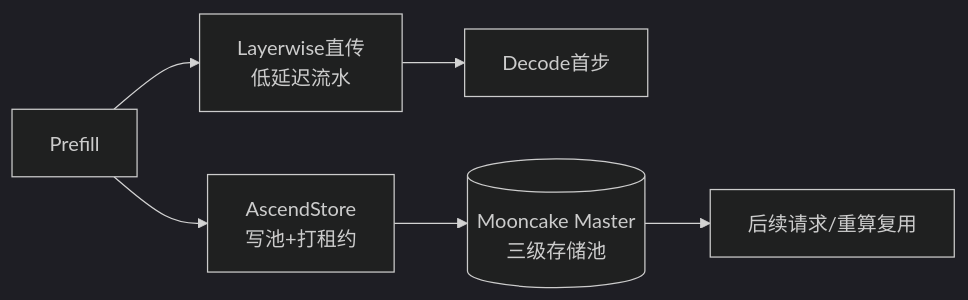
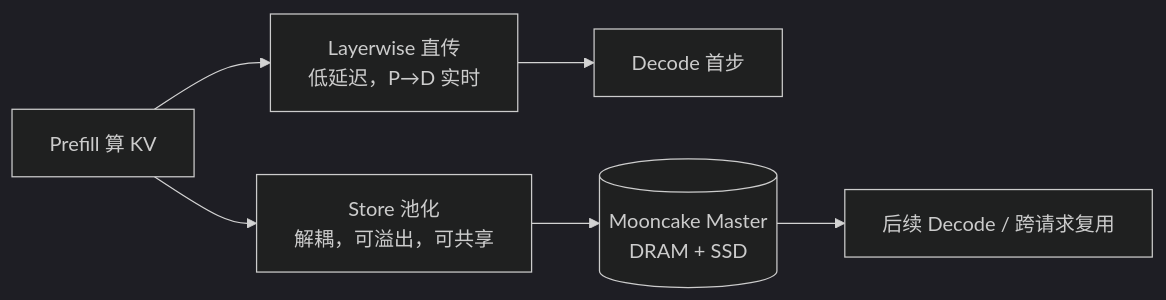
The third of 3 diagrams in docs/topics/kv-cache-affinity.md (Lyr-GW/interview-docs), drawn with Mermaid (dark theme) before and after one commit. The commit also changed other lines of this file and 1 other file, not shown here.

````diff
--- a/docs/topics/kv-cache-affinity.md
+++ b/docs/topics/kv-cache-affinity.md
@@ -106,8 +122,8 @@
 ```mermaid
 flowchart LR
-    P[Prefill] --> L[Layerwise直传<br/>低延迟流水]
-    P --> S[AscendStore<br/>写池+打租约]
-    L --> D[Decode首步]
-    S --> POOL[(Mooncake Master<br/>三级存储池)]
-    POOL --> D2[后续请求/重算复用]
+    P[Prefill 算 KV] --> L[Layerwise 直传<br/>低延迟，P→D 实时]
+    P --> S[Store 池化<br/>解耦，可溢出，可共享]
+    L --> D[Decode 首步]
+    S --> POOL[(Mooncake Master<br/>DRAM + SSD)]
+    POOL --> D2[后续 Decode / 跨请求复用]
 ```
````
